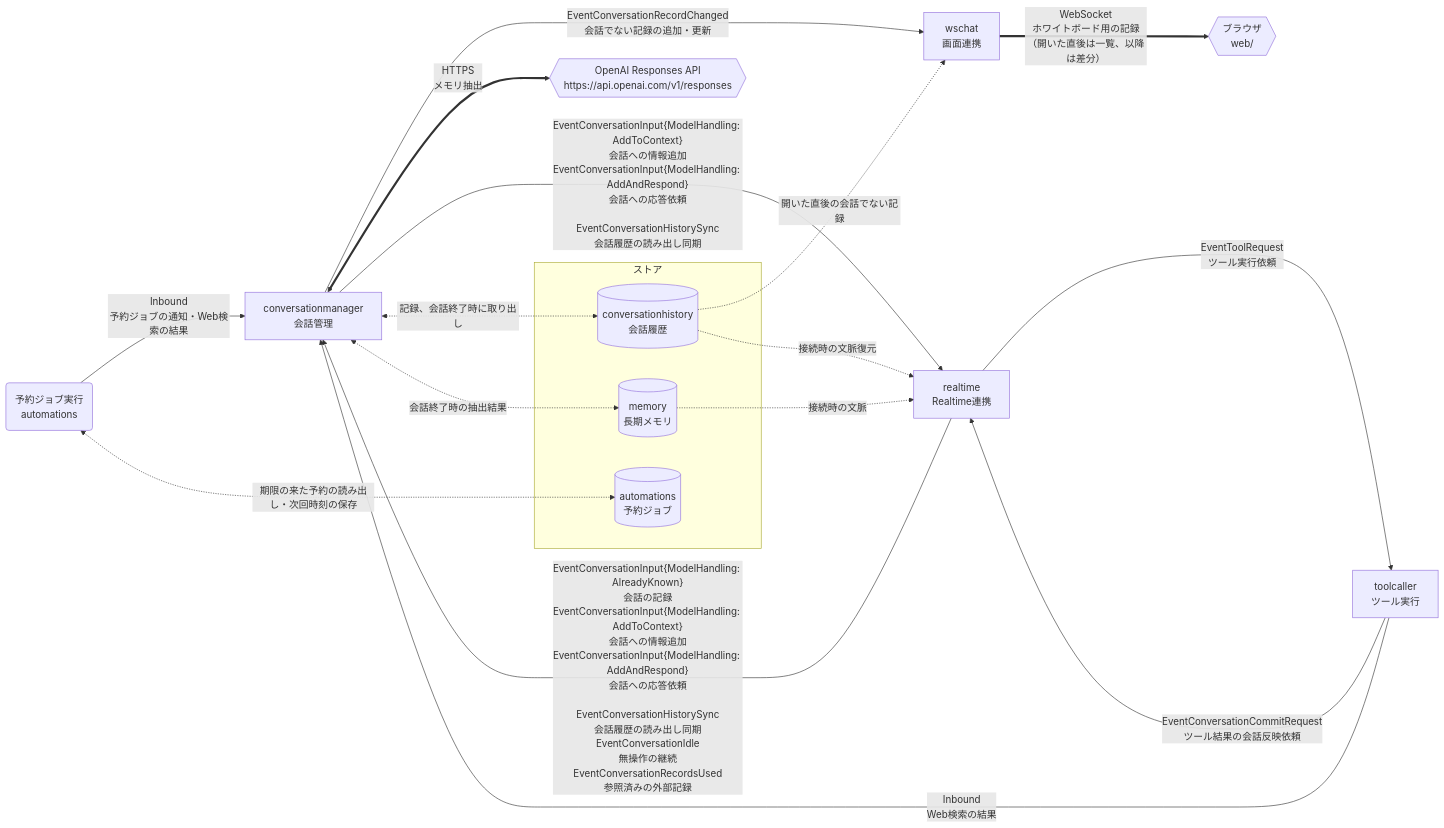
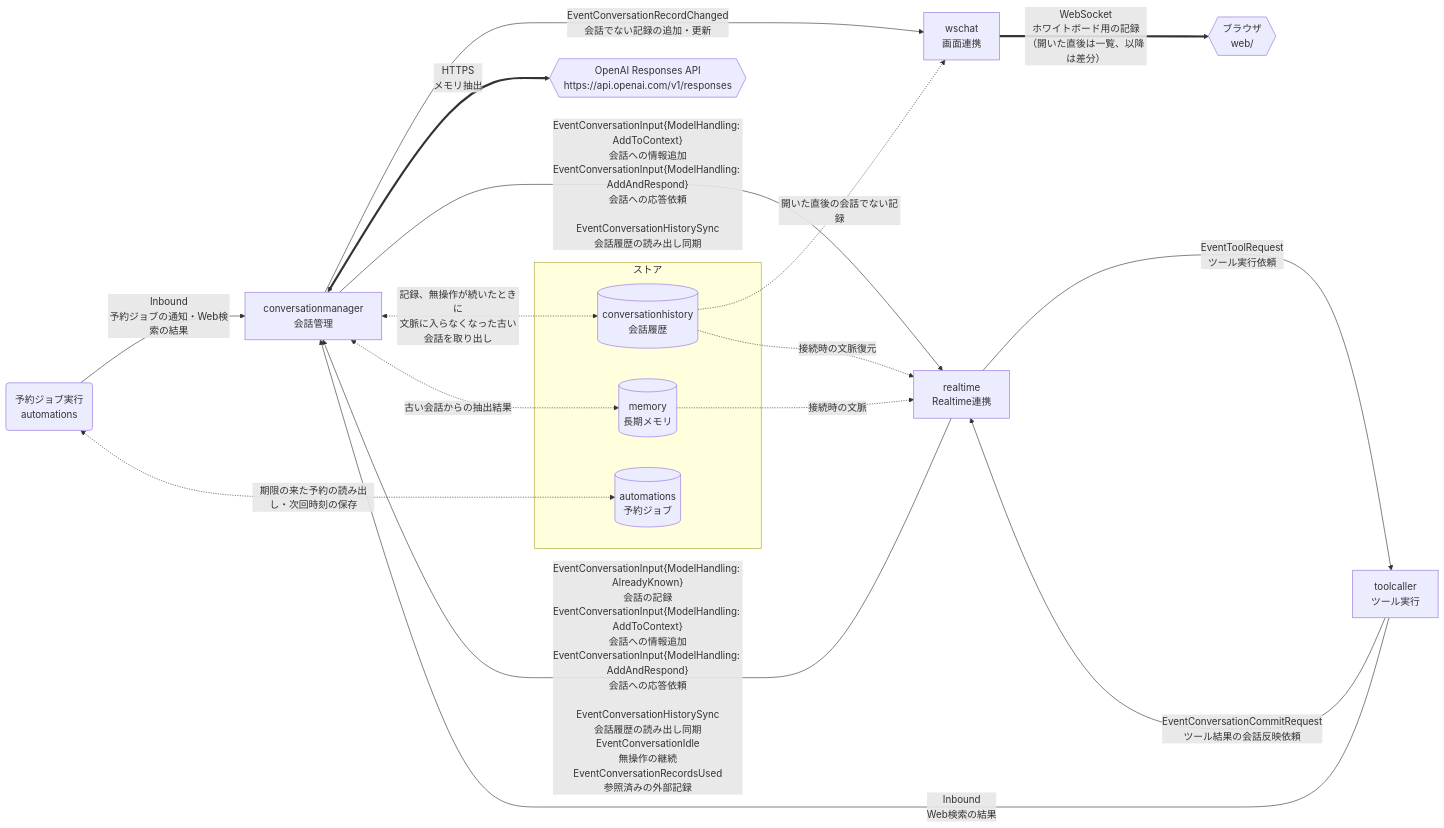
The second of 3 diagrams in README.md (tetetratra/smart-speaker), drawn with Mermaid before and after one commit.

Commit message:
会話の図で、会話履歴と長期メモリの線のラベルを無操作時の古い会話のメモリ化に合わせる

````diff
--- a/README.md
+++ b/README.md
@@ -121,32 +121,32 @@
 ```mermaid
 flowchart LR
     manager["conversationmanager<br/>会話管理"]
     openaiResponses{{"OpenAI Responses API<br/>https://api.openai.com/v1/responses"}}
     rt["realtime<br/>Realtime連携"]
     tool["toolcaller<br/>ツール実行"]
     scheduler("予約ジョブ実行<br/>automations")
     chat["wschat<br/>画面連携"]
     browser{{"ブラウザ<br/>web/"}}
 
     subgraph g0["ストア"]
         historyStore[("conversationhistory<br/>会話履歴")]
         memoryStore[("memory<br/>長期メモリ")]
         automationStore[("automations<br/>予約ジョブ")]
     end
 
     manager <==>|"HTTPS<br/>メモリ抽出"| openaiResponses
     rt -->|"EventConversationInput{ModelHandling: AlreadyKnown}<br/>会話の記録<br/>EventConversationInput{ModelHandling: AddToContext}<br/>会話への情報追加<br/>EventConversationInput{ModelHandling: AddAndRespond}<br/>会話への応答依頼<br/><br/>EventConversationHistorySync<br/>会話履歴の読み出し同期<br/>EventConversationIdle<br/>無操作の継続<br/>EventConversationRecordsUsed<br/>参照済みの外部記録"| manager
     manager --->|"EventConversationInput{ModelHandling: AddToContext}<br/>会話への情報追加<br/>EventConversationInput{ModelHandling: AddAndRespond}<br/>会話への応答依頼<br/><br/>EventConversationHistorySync<br/>会話履歴の読み出し同期"| rt
     rt -->|"EventToolRequest<br/>ツール実行依頼"| tool
     tool --->|"EventConversationCommitRequest<br/>ツール結果の会話反映依頼"| rt
     scheduler -->|"Inbound<br/>予約ジョブの通知・Web検索の結果"| manager
     tool -->|"Inbound<br/>Web検索の結果"| manager
-    manager <-.->|"記録、会話終了時に取り出し"| historyStore
+    manager <-.->|"記録、無操作が続いたときに<br/>文脈に入らなくなった古い会話を取り出し"| historyStore
     historyStore -.->|"接続時の文脈復元"| rt
     memoryStore -.->|"接続時の文脈"| rt
-    manager <-.->|"会話終了時の抽出結果"| memoryStore
+    manager <-.->|"古い会話からの抽出結果"| memoryStore
     manager -->|"EventConversationRecordChanged<br/>会話でない記録の追加・更新"| chat
     historyStore -.->|"開いた直後の会話でない記録"| chat
     chat ==>|"WebSocket<br/>ホワイトボード用の記録（開いた直後は一覧、以降は差分）"| browser
     scheduler <-.->|"期限の来た予約の読み出し・次回時刻の保存"| automationStore
 ```
````
